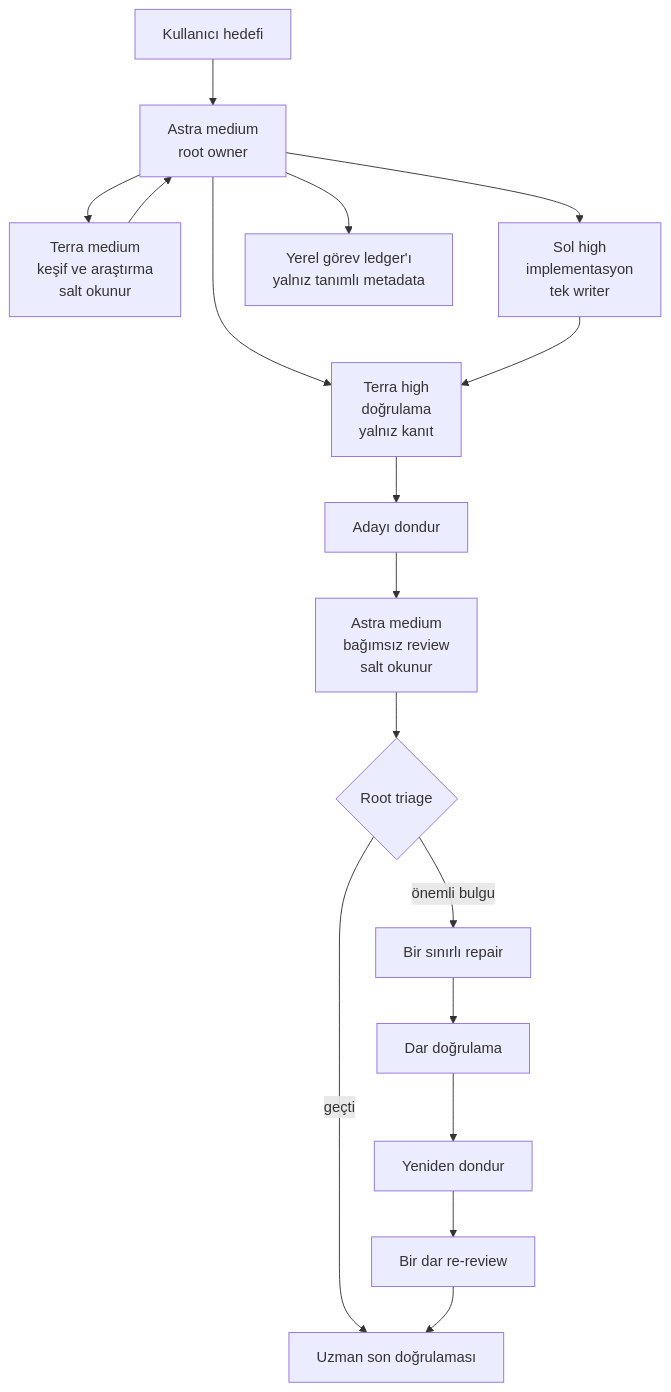
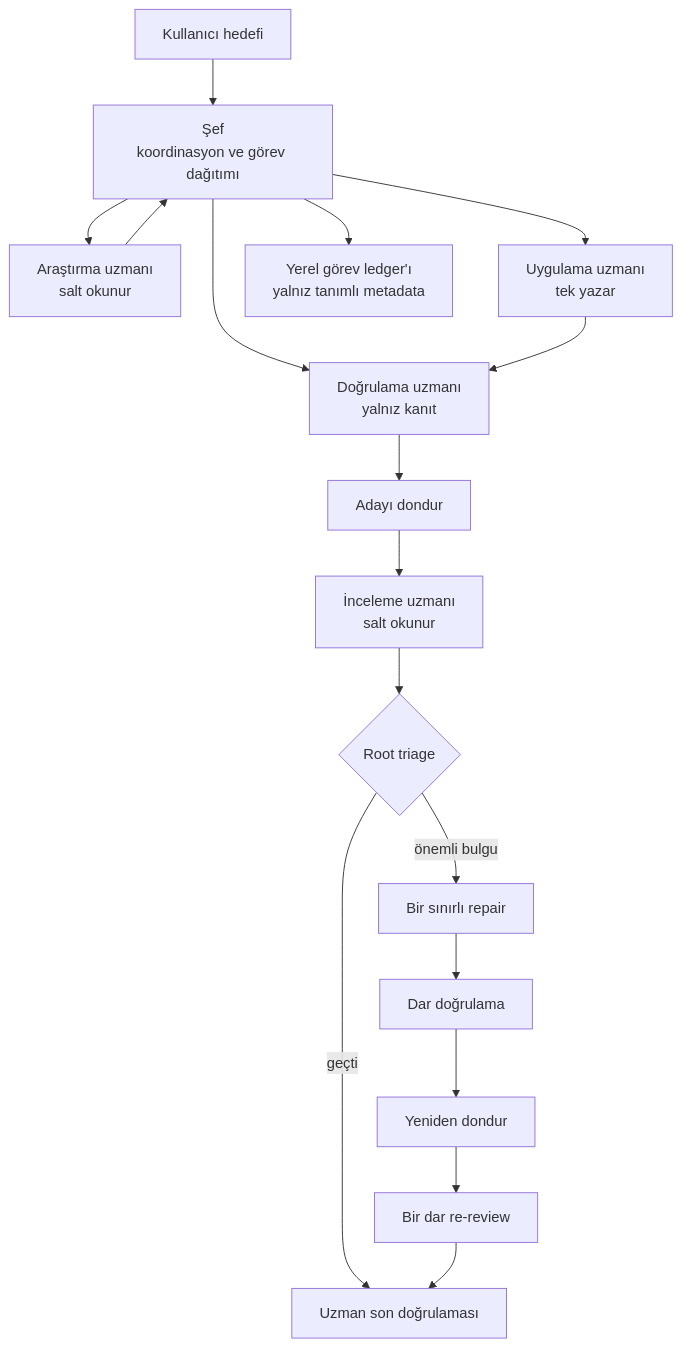
The diagram in README.tr.md (metapak/codex-bounded-orchestrator), drawn with Mermaid before and after one commit. The commit also changed other lines of this file and 9 other files, not shown here.

````diff
--- a/README.tr.md
+++ b/README.tr.md
@@ -48,19 +74,19 @@
 ```mermaid
 flowchart TD
-    U[Kullanıcı hedefi] --> O["Astra medium<br/>root owner"]
-    O --> E["Terra medium<br/>keşif ve araştırma<br/>salt okunur"]
-    O --> I["Sol high<br/>implementasyon<br/>tek writer"]
-    O --> V["Terra high<br/>doğrulama<br/>yalnız kanıt"]
+    U[Kullanıcı hedefi] --> O["Şef<br/>koordinasyon ve görev dağıtımı"]
+    O --> E["Araştırma uzmanı<br/>salt okunur"]
+    O --> I["Uygulama uzmanı<br/>tek yazar"]
+    O --> V["Doğrulama uzmanı<br/>yalnız kanıt"]
     O --> L["Yerel görev ledger'ı<br/>yalnız tanımlı metadata"]
     E --> O
     I --> V
     V --> F[Adayı dondur]
-    F --> R["Astra medium<br/>bağımsız review<br/>salt okunur"]
+    F --> R["İnceleme uzmanı<br/>salt okunur"]
     R --> T{Root triage}
     T -->|geçti| D[Uzman son doğrulaması]
     T -->|önemli bulgu| B[Bir sınırlı repair]
     B --> V2[Dar doğrulama]
     V2 --> F2[Yeniden dondur]
     F2 --> R2[Bir dar re-review]
     R2 --> D
 ```
````
